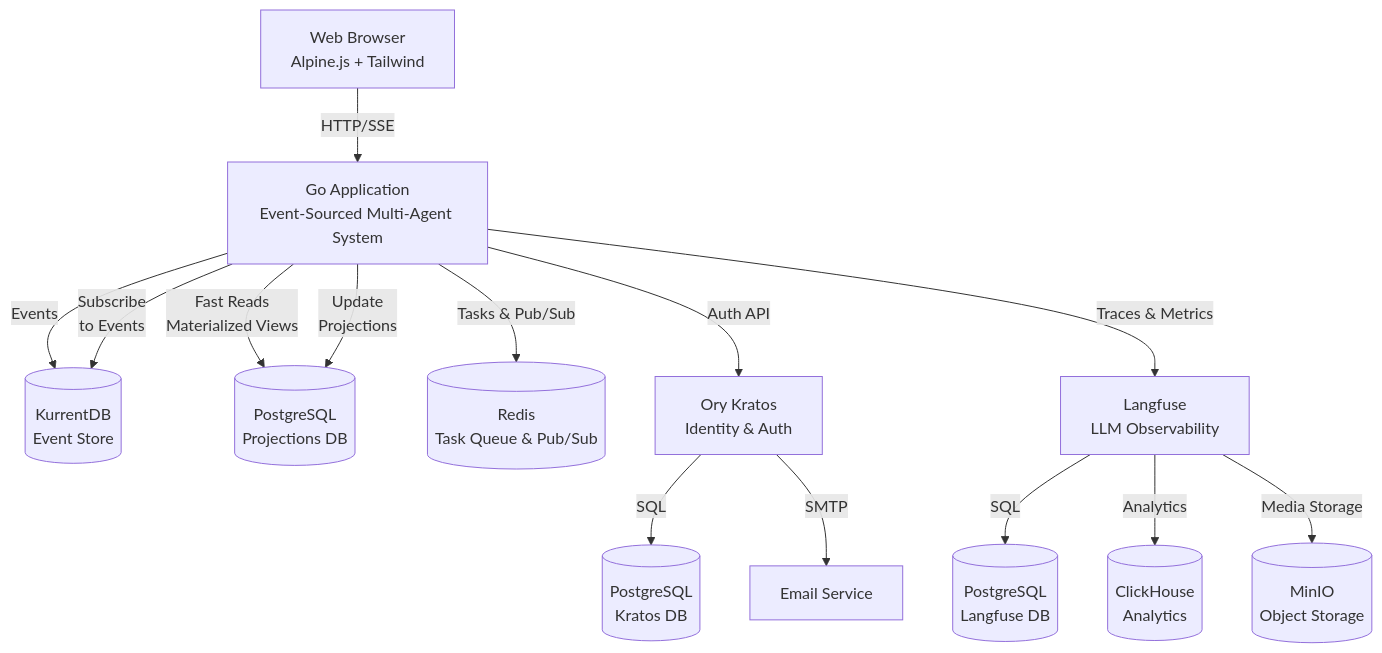
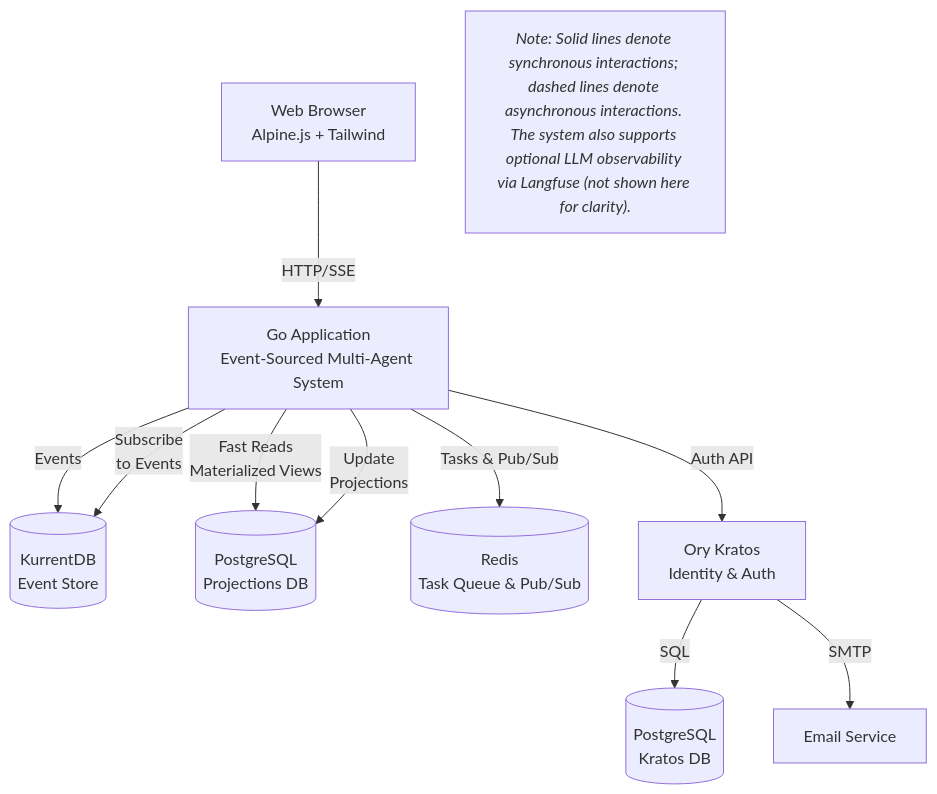
The first of 2 diagrams in README.md (MKAPersonalOrganization/AgenticWorkflowPlatform), drawn with Mermaid before and after one commit. The commit also changed other lines of this file, not shown here.

Commit message:
docs: Simplify C4 diagrams by removing explicit Langfuse details and updating notes to reflect its optional integration.

````diff
--- a/README.md
+++ b/README.md
@@ -13,35 +13,27 @@
 ```mermaid
 graph TB
     Browser[Web Browser<br/>Alpine.js + Tailwind]
 
     GoApp[Go Application<br/>Event-Sourced Multi-Agent System]
 
     KurrentDB[(KurrentDB<br/>Event Store)]
     AppPostgres[(PostgreSQL<br/>Projections DB)]
     Redis[(Redis<br/>Task Queue & Pub/Sub)]
     Kratos[Ory Kratos<br/>Identity & Auth]
     Postgres[(PostgreSQL<br/>Kratos DB)]
 
-    Langfuse[Langfuse<br/>LLM Observability]
-    LangfuseDB[(PostgreSQL<br/>Langfuse DB)]
-    ClickHouse[(ClickHouse<br/>Analytics)]
-    MinIO[(MinIO<br/>Object Storage)]
-
     EmailService[Email Service]
 
     Browser -->|HTTP/SSE| GoApp
     GoApp -->|Events| KurrentDB
     GoApp -->|Subscribe<br/>to Events| KurrentDB
     GoApp -->|Fast Reads<br/>Materialized Views| AppPostgres
     GoApp -->|Update<br/>Projections| AppPostgres
     GoApp -->|Tasks & Pub/Sub| Redis
     GoApp -->|Auth API| Kratos
-    GoApp -->|Traces & Metrics| Langfuse
 
     Kratos -->|SQL| Postgres
     Kratos -->|SMTP| EmailService
 
-    Langfuse -->|SQL| LangfuseDB
-    Langfuse -->|Analytics| ClickHouse
-    Langfuse -->|Media Storage| MinIO
+    note["<i>Note: Solid lines denote synchronous interactions; dashed lines denote asynchronous interactions. The system also supports optional LLM observability via Langfuse (not shown here for clarity).</i>"]
 ```
````
